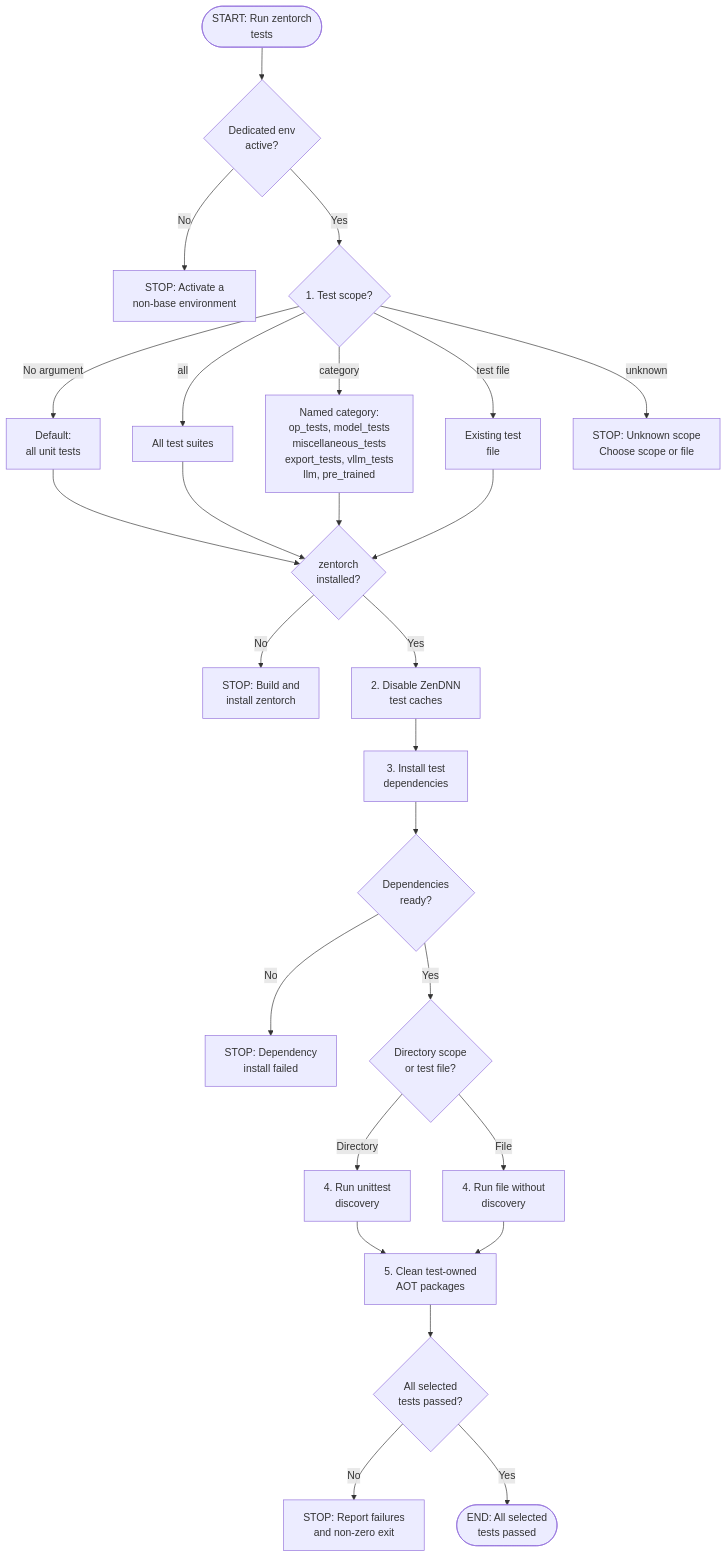
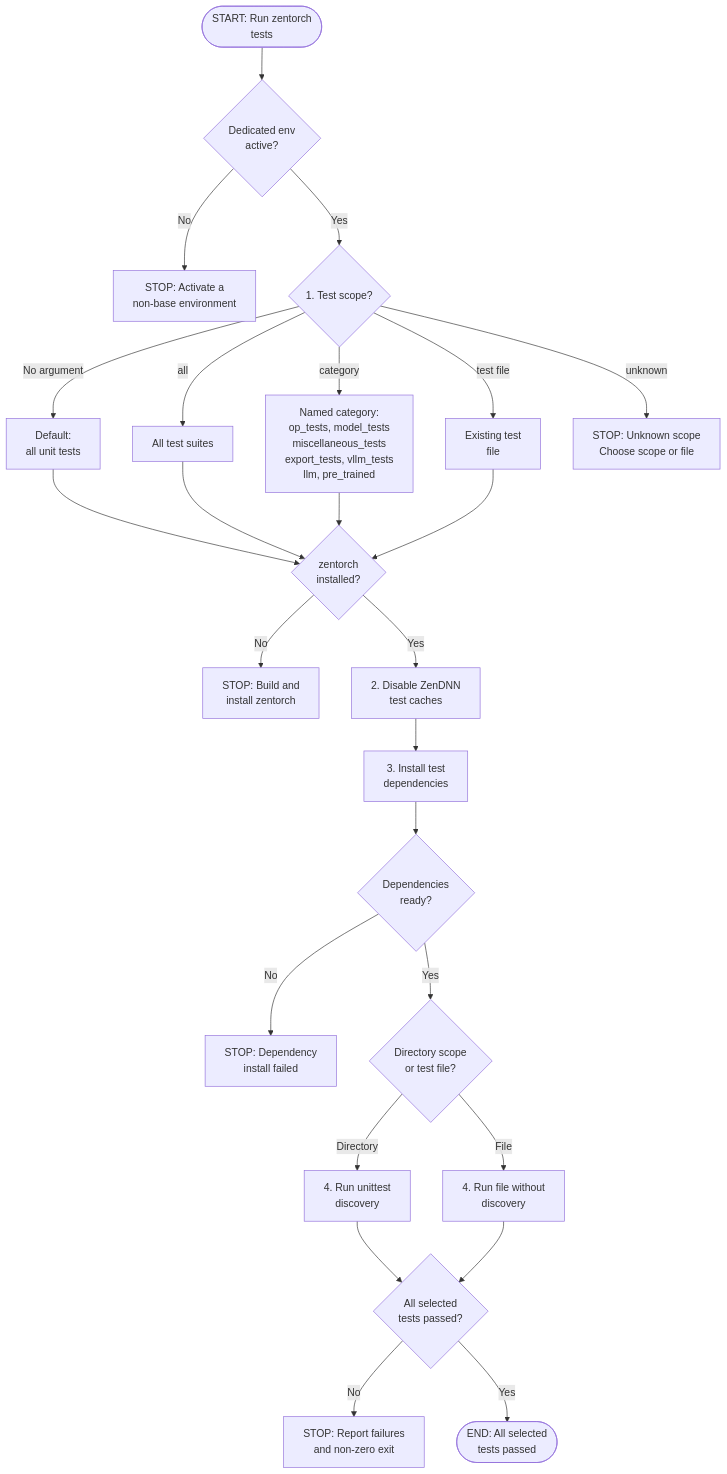
One commit to amd/ZenDNN-pytorch-plugin changed the diagram in .claude/skills/test-zentorch-unit/zentorch-test-flow.md. Above: the diagram before and after it, drawn with Mermaid. The commit also changed other lines of this file and 2 other files, not shown here.

Commit message:
[ZENTORCH CORE] Remove out-of-scope export test changes

````diff
--- a/.claude/skills/test-zentorch-unit/zentorch-test-flow.md
+++ b/.claude/skills/test-zentorch-unit/zentorch-test-flow.md
@@ -33,43 +32,41 @@
 ```mermaid
 flowchart TD
     start(["START: Run zentorch<br/>tests"])
     env{"Dedicated env<br/>active?"}
     envFail["STOP: Activate a<br/>non-base environment"]
     scope{"1. Test scope?"}
     default["Default:<br/>all unit tests"]
     all["All test suites"]
     category["Named category:<br/>op_tests, model_tests<br/>miscellaneous_tests<br/>export_tests, vllm_tests<br/>llm, pre_trained"]
     file["Existing test<br/>file"]
     invalid["STOP: Unknown scope<br/>Choose scope or file"]
     installed{"zentorch<br/>installed?"}
     installFail["STOP: Build and<br/>install zentorch"]
     cache["2. Disable ZenDNN<br/>test caches"]
     deps["3. Install test<br/>dependencies"]
     depsOk{"Dependencies<br/>ready?"}
     depsFail["STOP: Dependency<br/>install failed"]
     mode{"Directory scope<br/>or test file?"}
     discover["4. Run unittest<br/>discovery"]
     direct["4. Run file without<br/>discovery"]
-    cleanup["5. Clean test-owned<br/>AOT packages"]
     passed{"All selected<br/>tests passed?"}
     failed["STOP: Report failures<br/>and non-zero exit"]
     done(["END: All selected<br/>tests passed"])
 
     start --> env
     env -- No --> envFail
     env -- Yes --> scope
     scope -- No argument --> default --> installed
     scope -- all --> all --> installed
     scope -- category --> category --> installed
     scope -- test file --> file --> installed
     scope -- unknown --> invalid
     installed -- No --> installFail
     installed -- Yes --> cache --> deps --> depsOk
     depsOk -- No --> depsFail
     depsOk -- Yes --> mode
-    mode -- Directory --> discover --> cleanup
-    mode -- File --> direct --> cleanup
-    cleanup --> passed
+    mode -- Directory --> discover --> passed
+    mode -- File --> direct --> passed
     passed -- No --> failed
     passed -- Yes --> done
 ```
````
